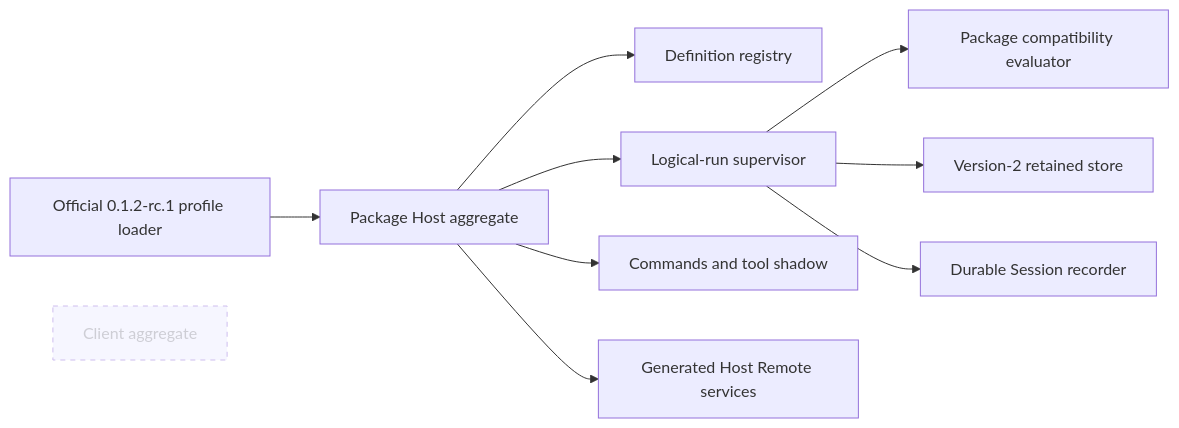
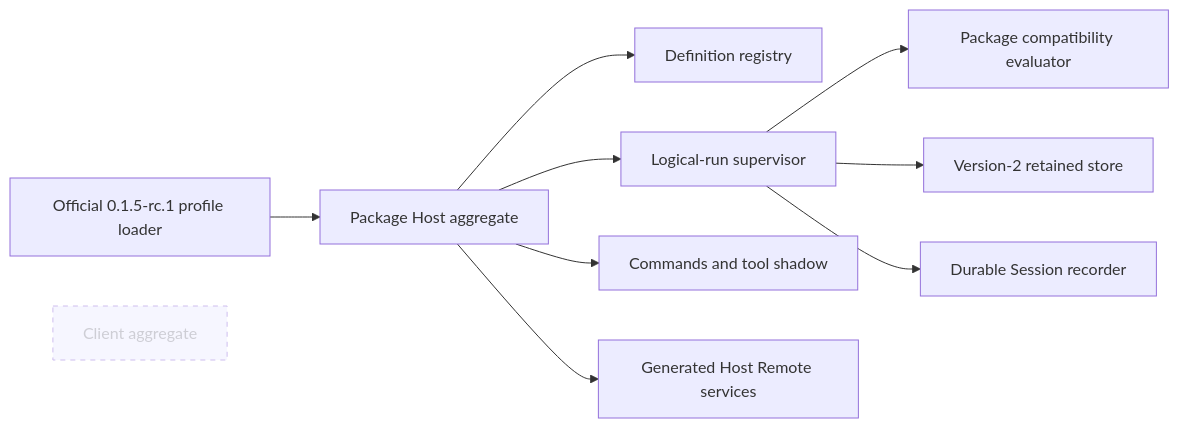
Before and after one commit to zaalipro/dsh-workflows: the second of 2 diagrams in docs/architecture.md, drawn with Mermaid. The commit also changed other lines of this file and 40 other files, not shown here.

````diff
--- a/docs/architecture.md
+++ b/docs/architecture.md
@@ -64,13 +64,13 @@
 ```mermaid
 flowchart LR
-  Loader[Official 0.1.2-rc.1 profile loader] --> Host[Package Host aggregate]
+  Loader[Official 0.1.5-rc.1 profile loader] --> Host[Package Host aggregate]
   Host --> Registry[Definition registry]
   Host --> Supervisor[Logical-run supervisor]
   Host --> Commands[Commands and tool shadow]
   Supervisor --> Engine[Package compatibility evaluator]
   Supervisor --> Store[Version-2 retained store]
   Supervisor --> Recorder[Durable Session recorder]
   Host --> Remote[Generated Host Remote services]
   Browser[Client aggregate]:::absent
   classDef absent stroke-dasharray: 5 5,opacity:0.45
 ```
````
